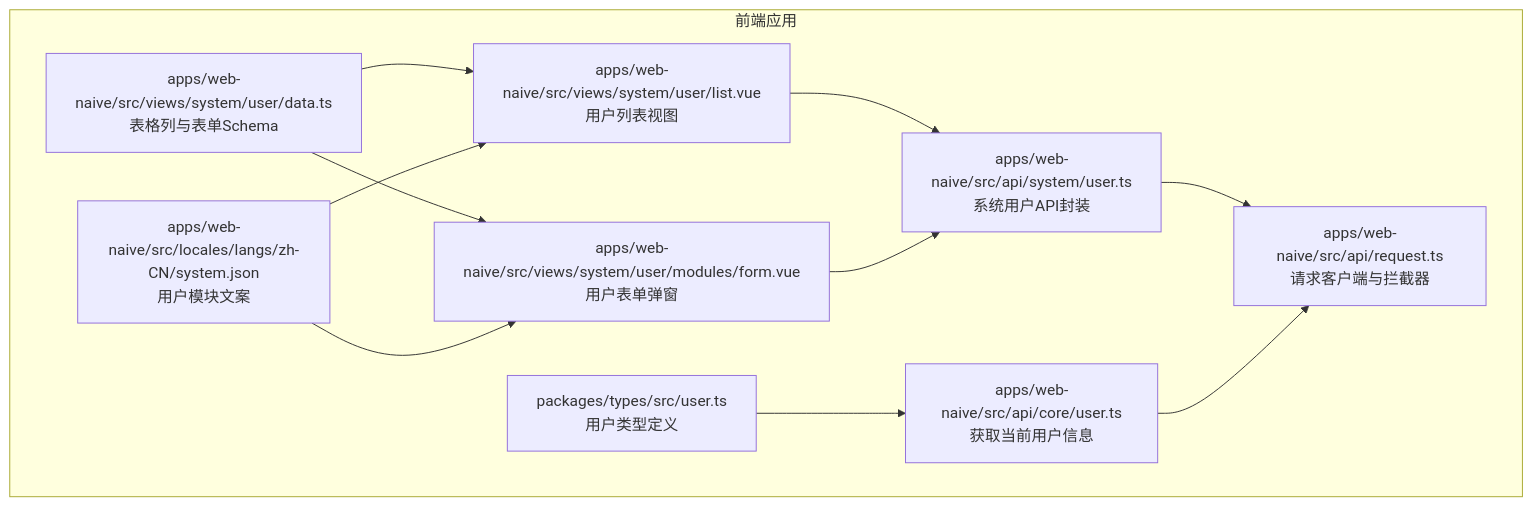
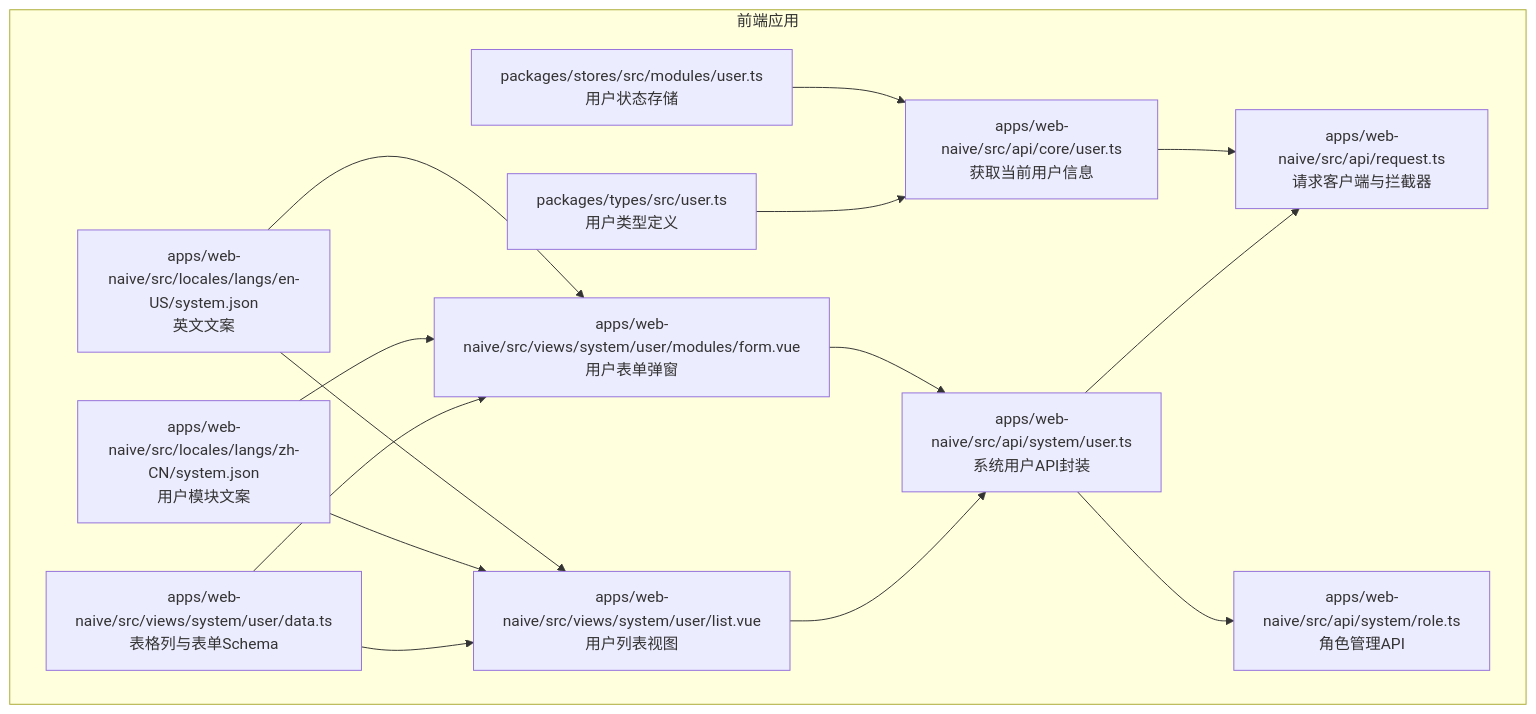
The first of 5 diagrams in .qoder/repowiki/zh/content/API 通信层/API 模块组织/系统管理 API 模块/用户管理 API.md (ShiRuYu/shiyu-ui), drawn with Mermaid before and after one commit. The commit also changed other lines of this file and 37 other files, not shown here.

````diff
--- a/.qoder/repowiki/zh/content/API 通信层/API 模块组织/系统管理 API 模块/用户管理 API.md
+++ b/.qoder/repowiki/zh/content/API 通信层/API 模块组织/系统管理 API 模块/用户管理 API.md
@@ -47,22 +63,29 @@
 ```mermaid
 graph TB
 subgraph "前端应用"
 A["apps/web-naive/src/api/system/user.ts<br/>系统用户API封装"]
 B["apps/web-naive/src/api/request.ts<br/>请求客户端与拦截器"]
 C["apps/web-naive/src/views/system/user/list.vue<br/>用户列表视图"]
 D["apps/web-naive/src/views/system/user/modules/form.vue<br/>用户表单弹窗"]
 E["apps/web-naive/src/views/system/user/data.ts<br/>表格列与表单Schema"]
 F["apps/web-naive/src/api/core/user.ts<br/>获取当前用户信息"]
 G["apps/web-naive/src/locales/langs/zh-CN/system.json<br/>用户模块文案"]
 H["packages/types/src/user.ts<br/>用户类型定义"]
+I["apps/web-naive/src/locales/langs/en-US/system.json<br/>英文文案"]
+J["packages/stores/src/modules/user.ts<br/>用户状态存储"]
+K["apps/web-naive/src/api/system/role.ts<br/>角色管理API"]
 end
 C --> A
 D --> A
 A --> B
 F --> B
 E --> C
 E --> D
 G --> C
 G --> D
 H --> F
+I --> C
+I --> D
+J --> F
+A --> K
 ```
````
